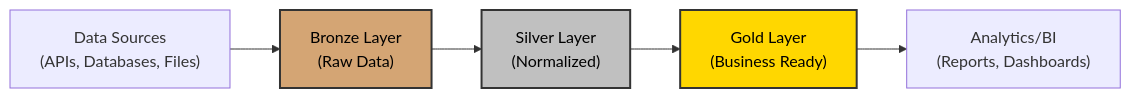
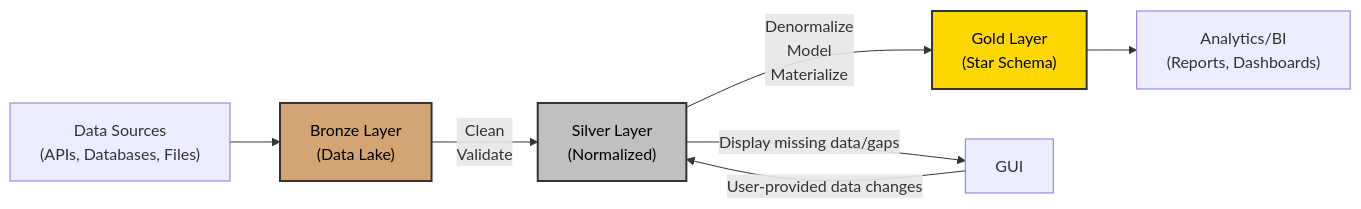
Before and after one commit to DanielBhatti/medallion_architecture: the diagram in README.md, drawn with Mermaid. The commit also changed other lines of this file and 1 other file, not shown here.

Commit message:
Updated README.md and bronze layer.

````diff
--- a/README.md
+++ b/README.md
@@ -7,10 +7,12 @@
 ```mermaid
 graph LR
-    A["Data Sources<br/>(APIs, Databases, Files)"] --> B["Bronze Layer<br/>(Raw Data)"]
-    B --> C["Silver Layer<br/>(Normalized)"]
-    C --> D["Gold Layer<br/>(Business Ready)"]
-    D --> E["Analytics/BI<br/>(Reports, Dashboards)"]
+    DS["Data Sources<br/>(APIs, Databases, Files)"] --> B["Bronze Layer<br/>(Data Lake)"]
+    B --Clean<br>Validate--> S["Silver Layer<br/>(Normalized)"]
+    S --Denormalize<br>Model<br>Materialize--> G["Gold Layer<br/>(Star Schema)"]
+    S --Display missing data/gaps<br>--> U["GUI"]
+    U --User-provided data changes--> S
+    G --> A["Analytics/BI<br/>(Reports, Dashboards)"]
     style B fill:#D4A574,stroke:#333,stroke-width:2px,color:#000
-    style C fill:#C0C0C0,stroke:#333,stroke-width:2px,color:#000
-    style D fill:#FFD700,stroke:#333,stroke-width:2px,color:#000
+    style S fill:#C0C0C0,stroke:#333,stroke-width:2px,color:#000
+    style G fill:#FFD700,stroke:#333,stroke-width:2px,color:#000
 ```
````
